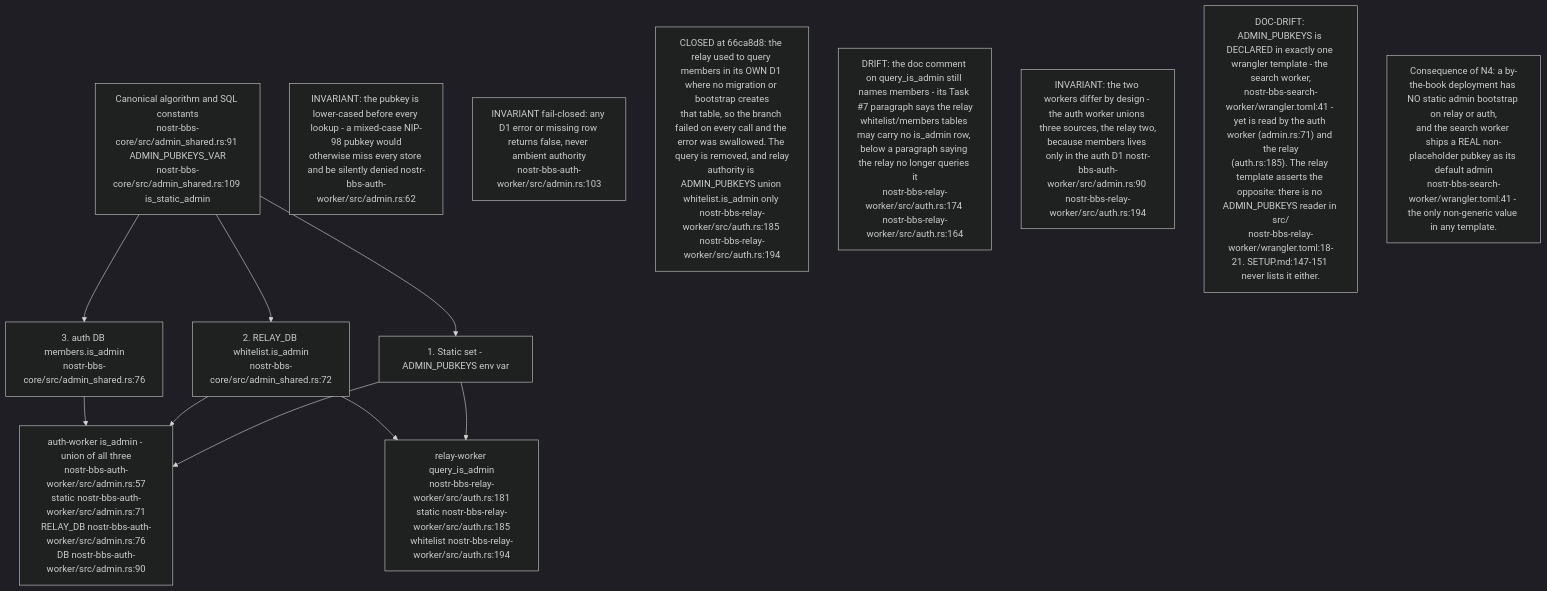
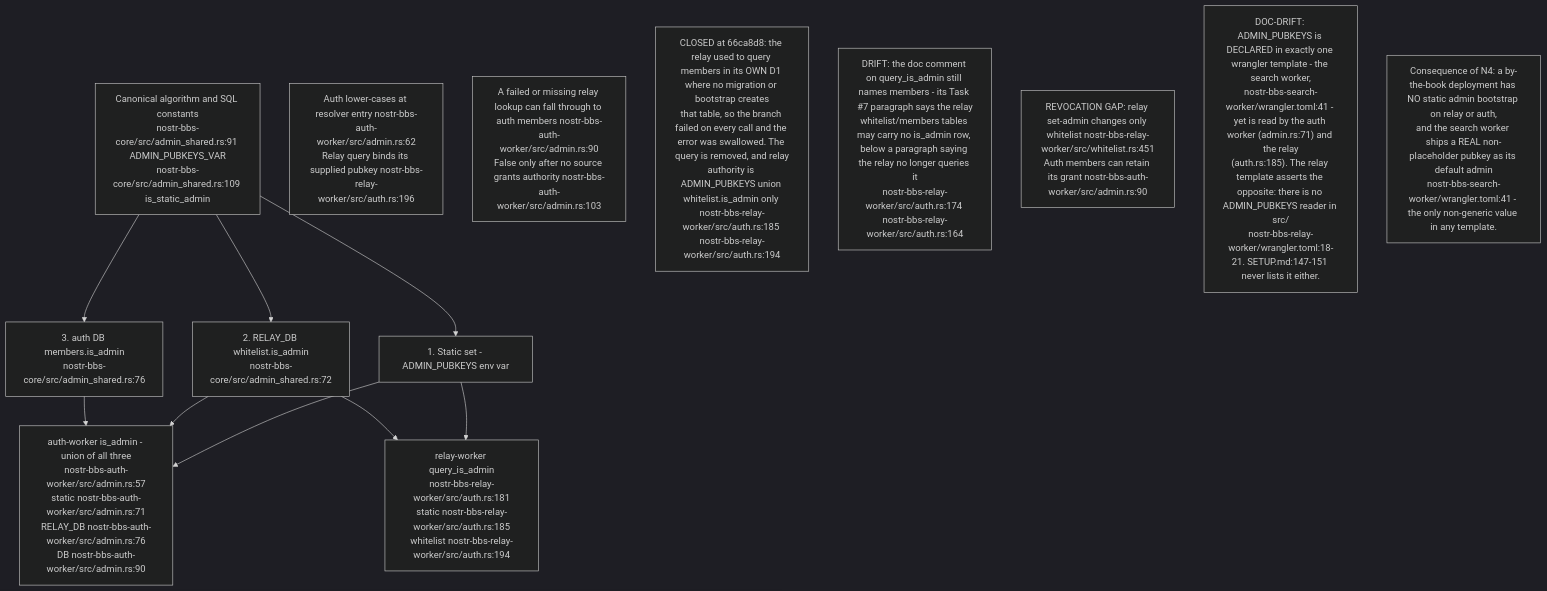
One commit to DreamLab-AI/VisionFlow changed the seventh of 9 diagrams in docs/diagrams/nostr-rust-forum/08-config-zones-stores-and-admin-authority.md. Above: the diagram before and after it, drawn with Mermaid (dark theme). The commit also changed other lines of this file and 67 other files, not shown here.

````diff
--- a/docs/diagrams/nostr-rust-forum/08-config-zones-stores-and-admin-authority.md
+++ b/docs/diagrams/nostr-rust-forum/08-config-zones-stores-and-admin-authority.md
@@ -247,21 +247,21 @@
 ```mermaid
 flowchart TB
     CANON["Canonical algorithm and SQL constants<br/>nostr-bbs-core/src/admin_shared.rs:91 ADMIN_PUBKEYS_VAR<br/>nostr-bbs-core/src/admin_shared.rs:109 is_static_admin"]
     S1["1. Static set - ADMIN_PUBKEYS env var"]
     S2["2. RELAY_DB whitelist.is_admin<br/>nostr-bbs-core/src/admin_shared.rs:72"]
     S3["3. auth DB members.is_admin<br/>nostr-bbs-core/src/admin_shared.rs:76"]
     AUTHIS["auth-worker is_admin - union of all three<br/>nostr-bbs-auth-worker/src/admin.rs:57<br/>static nostr-bbs-auth-worker/src/admin.rs:71<br/>RELAY_DB nostr-bbs-auth-worker/src/admin.rs:76<br/>DB nostr-bbs-auth-worker/src/admin.rs:90"]
     RELIS["relay-worker query_is_admin<br/>nostr-bbs-relay-worker/src/auth.rs:181<br/>static nostr-bbs-relay-worker/src/auth.rs:185<br/>whitelist nostr-bbs-relay-worker/src/auth.rs:194"]
 
     CANON --> S1 & S2 & S3
     S1 & S2 & S3 --> AUTHIS
     S1 & S2 --> RELIS
 
-    N1["INVARIANT: the pubkey is lower-cased before every lookup - a mixed-case NIP-98 pubkey would<br/>otherwise miss every store and be silently denied nostr-bbs-auth-worker/src/admin.rs:62"]
-    N2["INVARIANT fail-closed: any D1 error or missing row returns false, never ambient authority<br/>nostr-bbs-auth-worker/src/admin.rs:103"]
+    N1["Auth lower-cases at resolver entry nostr-bbs-auth-worker/src/admin.rs:62<br/>Relay query binds its supplied pubkey nostr-bbs-relay-worker/src/auth.rs:196"]
+    N2["A failed or missing relay lookup can fall through to auth members nostr-bbs-auth-worker/src/admin.rs:90<br/>False only after no source grants authority nostr-bbs-auth-worker/src/admin.rs:103"]
     N3["CLOSED at 66ca8d8: the relay used to query members in its OWN D1 where no migration or bootstrap creates<br/>that table, so the branch failed on every call and the error was swallowed. The query is removed, and relay<br/>authority is ADMIN_PUBKEYS union whitelist.is_admin only nostr-bbs-relay-worker/src/auth.rs:185 nostr-bbs-relay-worker/src/auth.rs:194"]
     N3B["DRIFT: the doc comment on query_is_admin still names members - its Task #7 paragraph says the relay<br/>whitelist/members tables may carry no is_admin row, below a paragraph saying the relay no longer queries it<br/>nostr-bbs-relay-worker/src/auth.rs:174 nostr-bbs-relay-worker/src/auth.rs:164"]
-    N3C["INVARIANT: the two workers differ by design - the auth worker unions three sources, the relay two,<br/>because members lives only in the auth D1 nostr-bbs-auth-worker/src/admin.rs:90 nostr-bbs-relay-worker/src/auth.rs:194"]
+    N3C["REVOCATION GAP: relay set-admin changes only whitelist nostr-bbs-relay-worker/src/whitelist.rs:451<br/>Auth members can retain its grant nostr-bbs-auth-worker/src/admin.rs:90"]
     N4["DOC-DRIFT: ADMIN_PUBKEYS is DECLARED in exactly one wrangler template - the search worker,<br/>nostr-bbs-search-worker/wrangler.toml:41 - yet is read by the auth worker (admin.rs:71) and the relay<br/>(auth.rs:185). The relay template asserts the opposite: there is no ADMIN_PUBKEYS reader in src/<br/>nostr-bbs-relay-worker/wrangler.toml:18-21. SETUP.md:147-151 never lists it either."]
     N5["Consequence of N4: a by-the-book deployment has NO static admin bootstrap on relay or auth,<br/>and the search worker ships a REAL non-placeholder pubkey as its default admin<br/>nostr-bbs-search-worker/wrangler.toml:41 - the only non-generic value in any template."]
 ```
````
